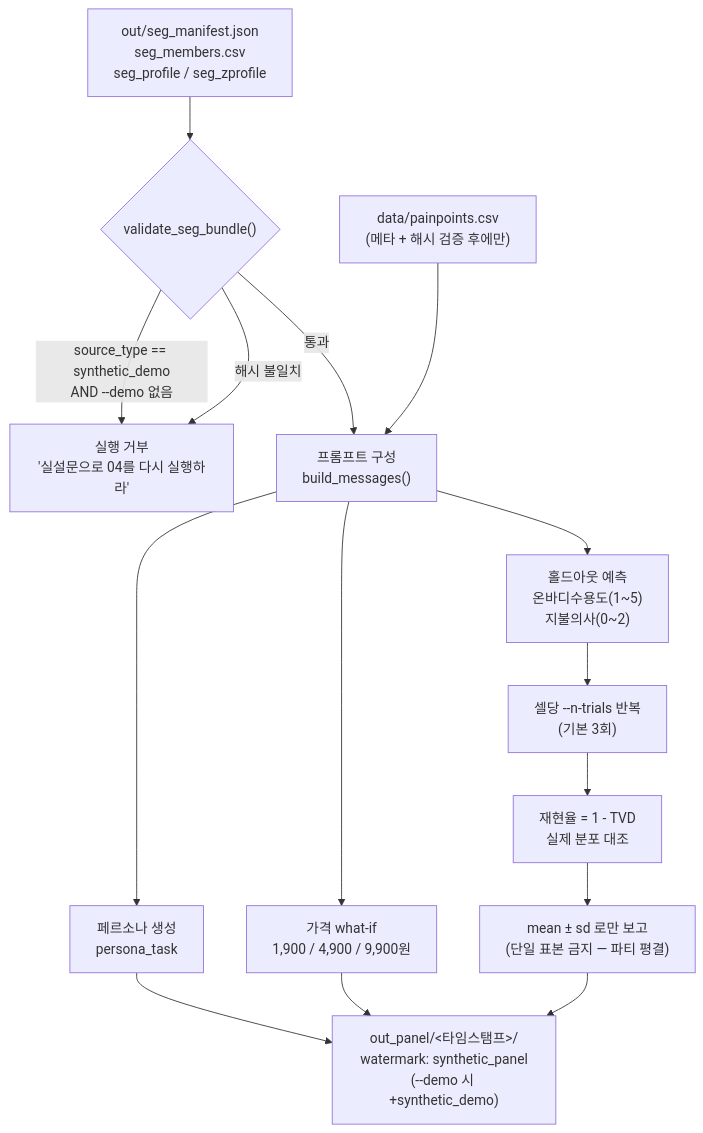
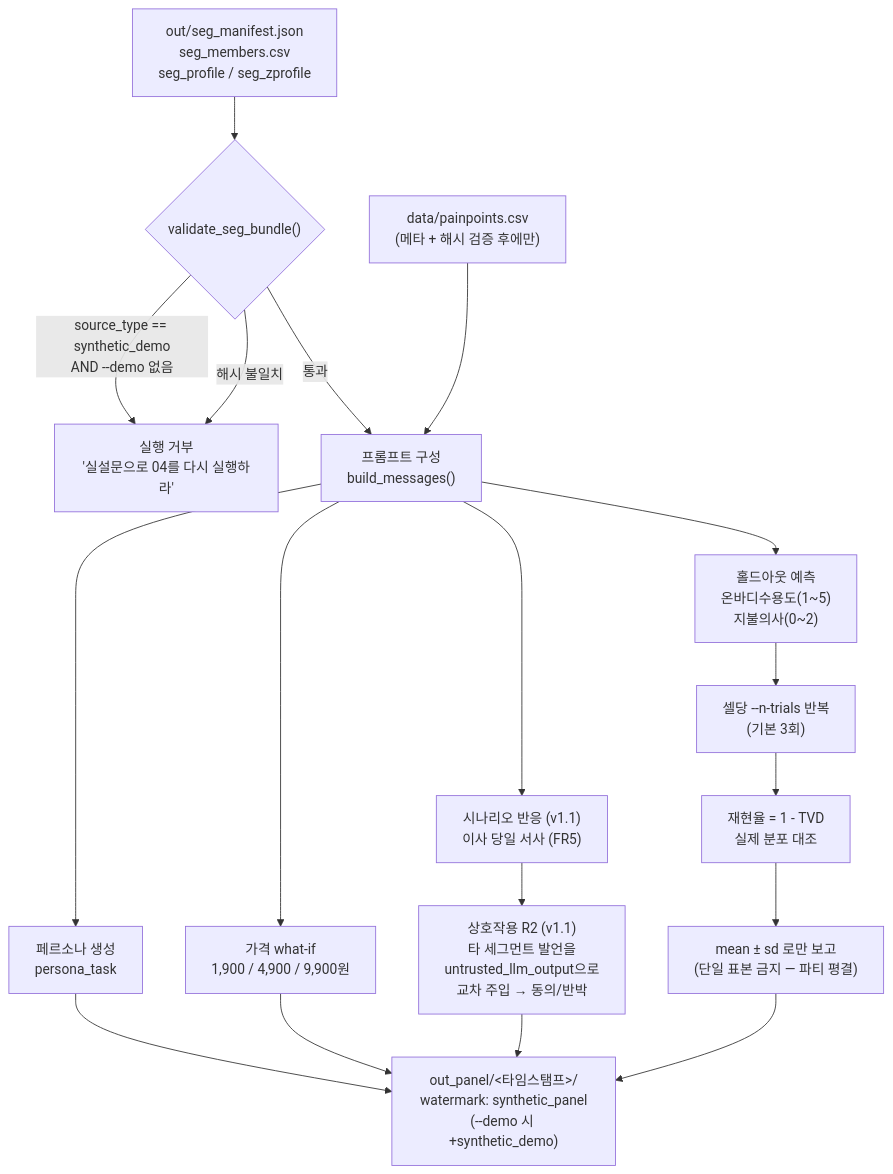
Before and after one commit to dariajkim-star/DX_project: the fourth of 5 diagrams in docs/WORKFLOW.md, drawn with Mermaid. The commit also changed other lines of this file and 3 other files, not shown here.

````diff
--- a/docs/WORKFLOW.md
+++ b/docs/WORKFLOW.md
@@ -87,22 +87,26 @@
 ```mermaid
 flowchart TB
     M["out/seg_manifest.json<br/>seg_members.csv<br/>seg_profile / seg_zprofile"] --> V{"validate_seg_bundle()"}
 
     V -->|"source_type == synthetic_demo<br/>AND --demo 없음"| STOP["실행 거부<br/>'실설문으로 04를 다시 실행하라'"]
     V -->|"해시 불일치"| STOP
     V -->|"통과"| PREP
 
     PP["data/painpoints.csv<br/>(메타 + 해시 검증 후에만)"] --> PREP["프롬프트 구성<br/>build_messages()"]
 
     PREP --> J1["페르소나 생성<br/>persona_task"]
     PREP --> J2["홀드아웃 예측<br/>온바디수용도(1~5)<br/>지불의사(0~2)"]
     PREP --> J3["가격 what-if<br/>1,900 / 4,900 / 9,900원"]
+    PREP --> J4["시나리오 반응 (v1.1)<br/>이사 당일 서사 (FR5)"]
+
+    J4 --> R2["상호작용 R2 (v1.1)<br/>타 세그먼트 발언을<br/>untrusted_llm_output으로<br/>교차 주입 → 동의/반박"]
 
     J2 --> TR["셀당 --n-trials 반복<br/>(기본 3회)"]
     TR --> FID["재현율 = 1 - TVD<br/>실제 분포 대조"]
     FID --> AGG["mean ± sd 로만 보고<br/>(단일 표본 금지 — 파티 평결)"]
 
     J1 --> OUT["out_panel/&lt;타임스탬프&gt;/<br/>watermark: synthetic_panel<br/>(--demo 시 +synthetic_demo)"]
     J3 --> OUT
+    R2 --> OUT
     AGG --> OUT
 ```
````
